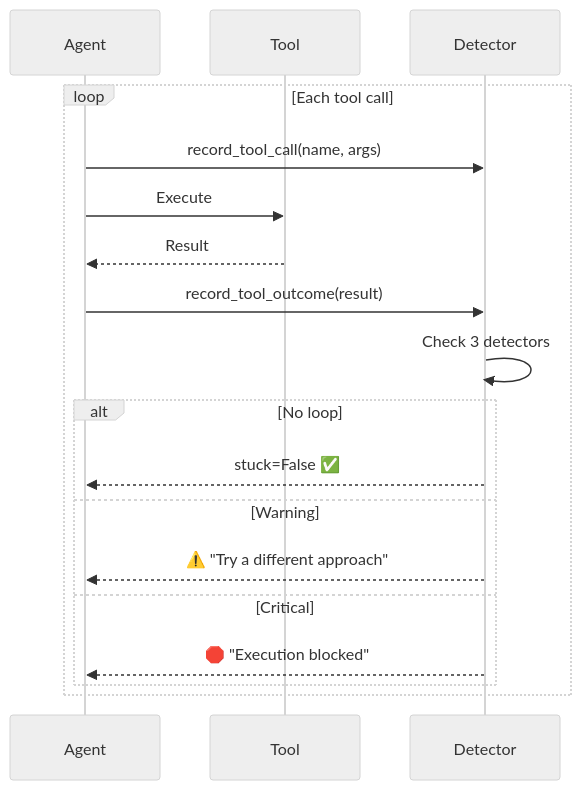
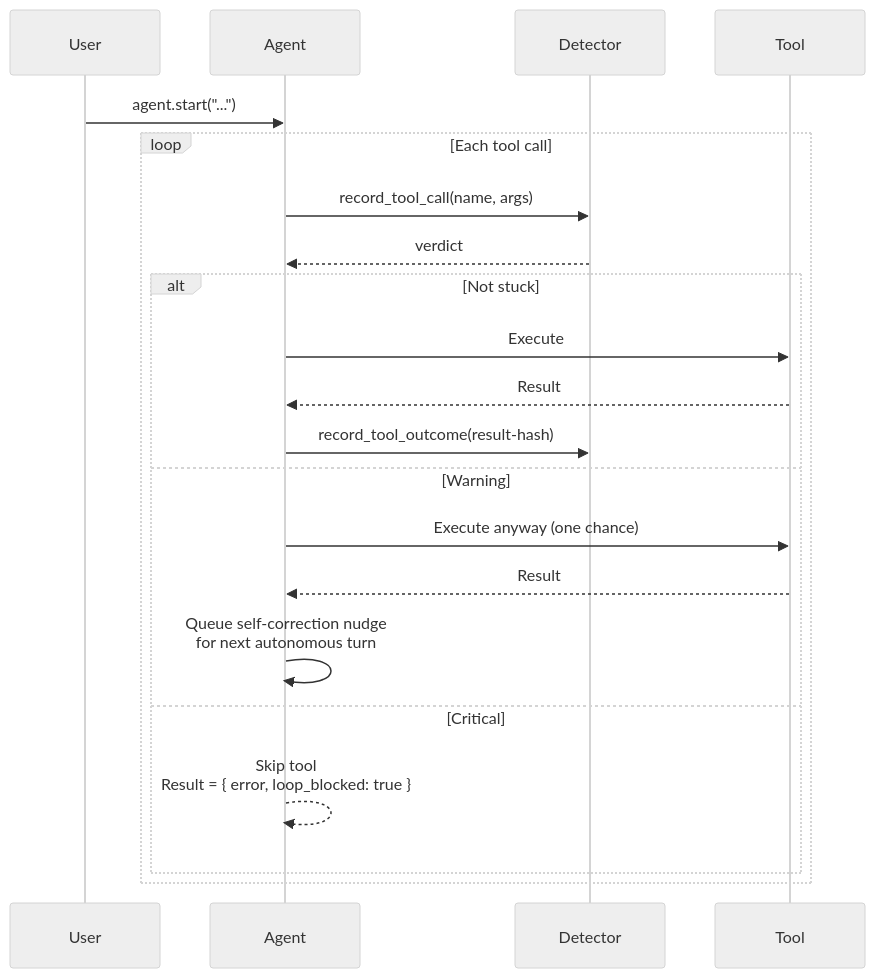
One commit to MervinPraison/PraisonAIDocs changed the second of 3 diagrams in docs/features/doom-loop-detection.mdx. Above: the diagram before and after it, drawn with Mermaid (neutral theme). The commit also changed other lines of this file and 1 other file, not shown here.

First line of the commit message:
docs: refresh Loop Detection page for always-on tool-loop detector (fixes #1996)

````diff
--- a/docs/features/doom-loop-detection.mdx
+++ b/docs/features/doom-loop-detection.mdx
@@ -83,21 +111,24 @@
 ```mermaid
 sequenceDiagram
+    participant User
     participant Agent
+    participant Detector
     participant Tool
-    participant Detector
 
+    User->>Agent: agent.start("...")
     loop Each tool call
         Agent->>Detector: record_tool_call(name, args)
-        Agent->>Tool: Execute
-        Tool-->>Agent: Result
-        Agent->>Detector: record_tool_outcome(result)
-        Detector->>Detector: Check 3 detectors
-        alt No loop
-            Detector-->>Agent: stuck=False ✅
+        Detector-->>Agent: verdict
+        alt Not stuck
+            Agent->>Tool: Execute
+            Tool-->>Agent: Result
+            Agent->>Detector: record_tool_outcome(result-hash)
         else Warning
-            Detector-->>Agent: ⚠️ "Try a different approach"
+            Agent->>Tool: Execute anyway (one chance)
+            Tool-->>Agent: Result
+            Agent->>Agent: Queue self-correction nudge<br/>for next autonomous turn
         else Critical
-            Detector-->>Agent: 🛑 "Execution blocked"
+            Agent-->>Agent: Skip tool<br/>Result = { error, loop_blocked: true }
         end
     end
 ```
````
